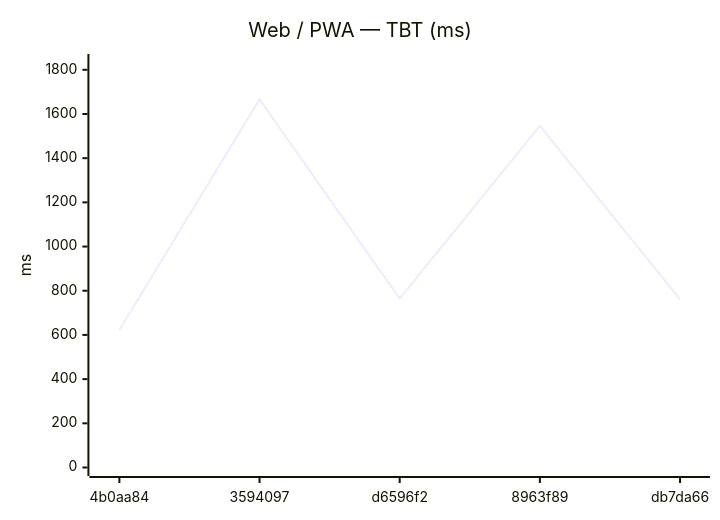
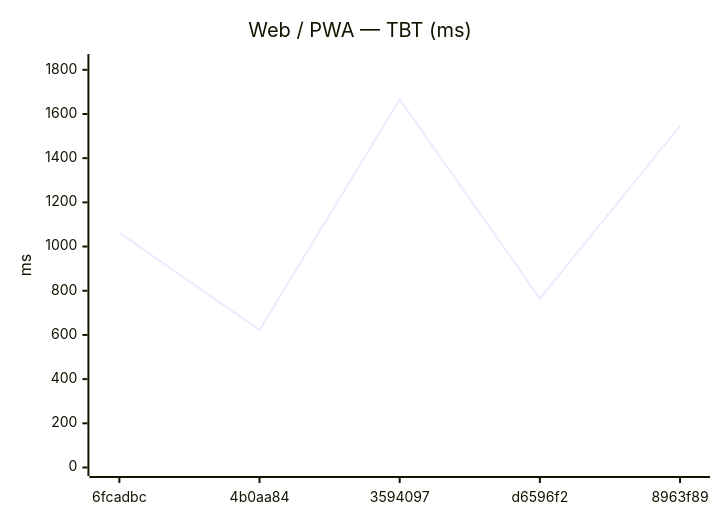
The sixth of 12 diagrams in benchmarks/compare.md (Metaheurist/Rianell), drawn with Mermaid before and after one commit. The commit also changed other lines of this file and 8 other files, not shown here.

````diff
--- a/benchmarks/compare.md
+++ b/benchmarks/compare.md
@@ -89,7 +89,7 @@
 ```mermaid
 xychart-beta
     title "Web / PWA — TBT (ms)"
-    x-axis ["4b0aa84", "3594097", "d6596f2", "8963f89", "db7da66"]
+    x-axis ["6fcadbc", "4b0aa84", "3594097", "d6596f2", "8963f89"]
     y-axis "ms" 0 --> 1833
-    line [622, 1666, 764, 1546, 761]
+    line [1062, 622, 1666, 764, 1546]
 ```
````
